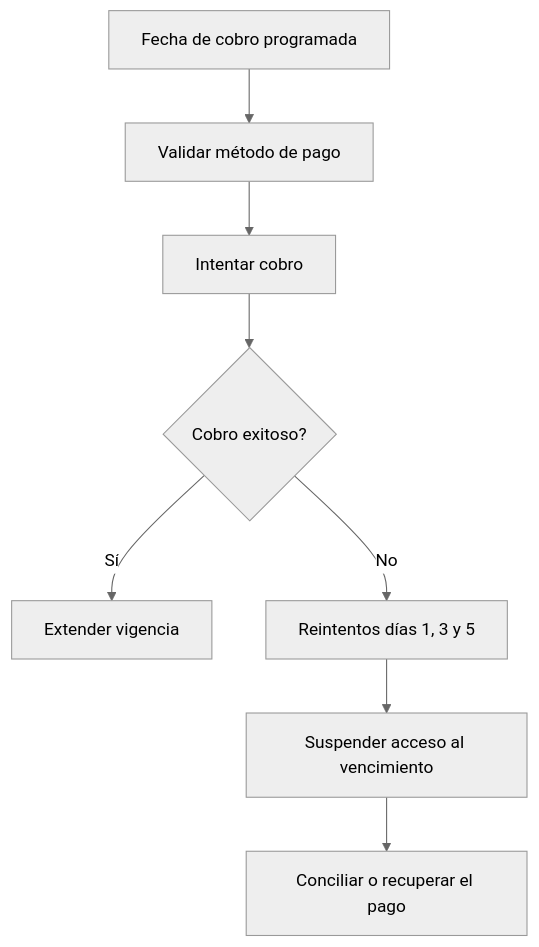
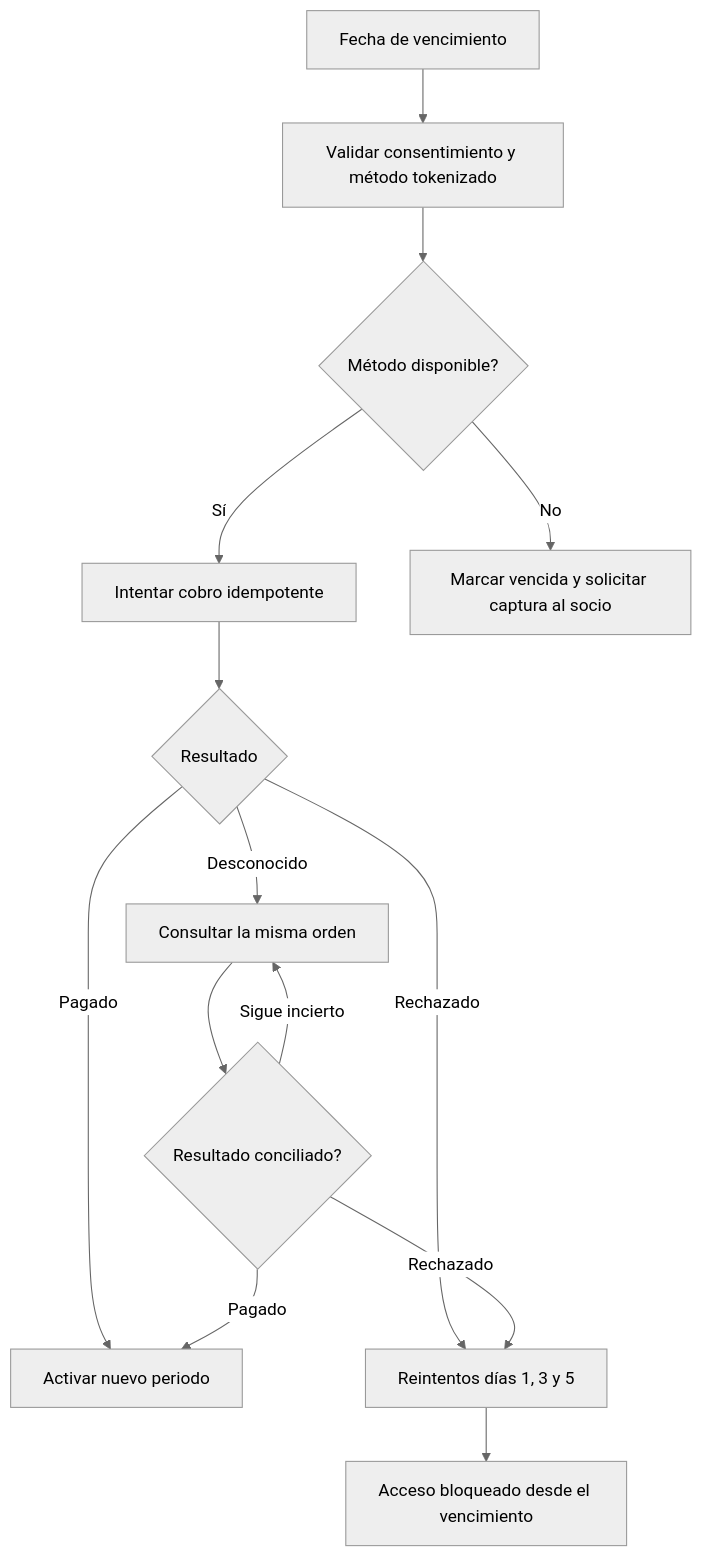
One commit to DanielCB096/gym changed the diagram in docs/03-procesos/renovacion-y-cobro-recurrente.md. Above: the diagram before and after it, drawn with Mermaid (neutral theme). The commit also changed other lines of this file and 21 other files, not shown here.

````diff
--- a/docs/03-procesos/renovacion-y-cobro-recurrente.md
+++ b/docs/03-procesos/renovacion-y-cobro-recurrente.md
@@ -8,10 +10,16 @@
 ```mermaid
 flowchart TD
-A[Fecha de cobro programada] --> B[Validar método de pago]
-B --> C[Intentar cobro]
-C --> D{Cobro exitoso?}
-D -- Sí --> E[Extender vigencia]
-D -- No --> F[Reintentos días 1, 3 y 5]
-F --> G[Suspender acceso al vencimiento]
-G --> H[Conciliar o recuperar el pago]
+A[Fecha de vencimiento] --> B[Validar consentimiento y método tokenizado]
+B --> C{Método disponible?}
+C -- Sí --> D[Intentar cobro idempotente]
+C -- No --> E[Marcar vencida y solicitar captura al socio]
+D --> F{Resultado}
+F -- Pagado --> G[Activar nuevo periodo]
+F -- Rechazado --> H[Reintentos días 1, 3 y 5]
+F -- Desconocido --> I[Consultar la misma orden]
+H --> J[Acceso bloqueado desde el vencimiento]
+I --> K{Resultado conciliado?}
+K -- Pagado --> G
+K -- Rechazado --> H
+K -- Sigue incierto --> I
 ```
````
